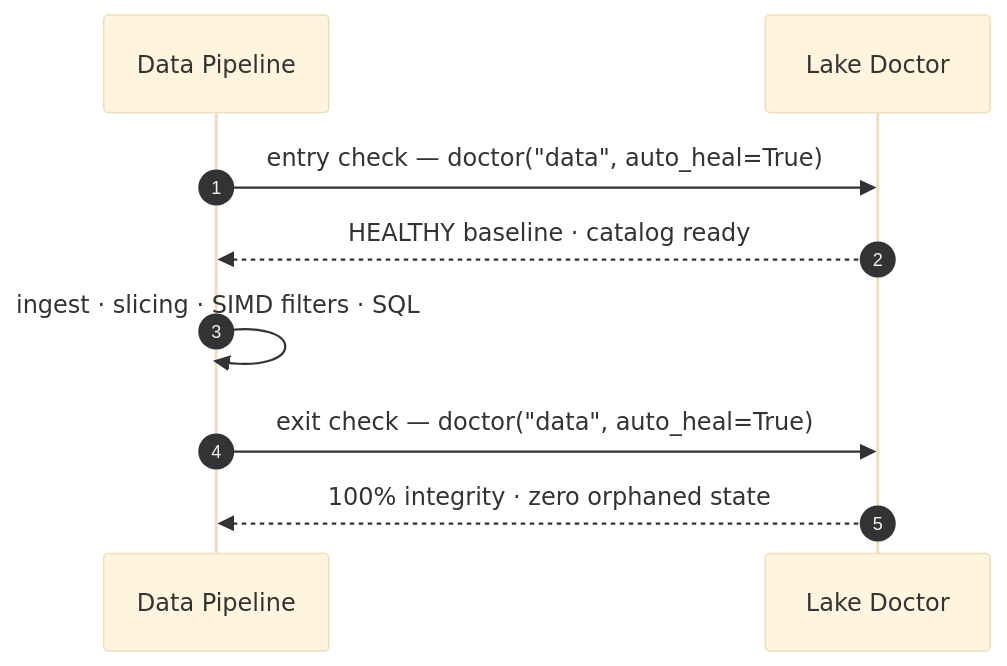
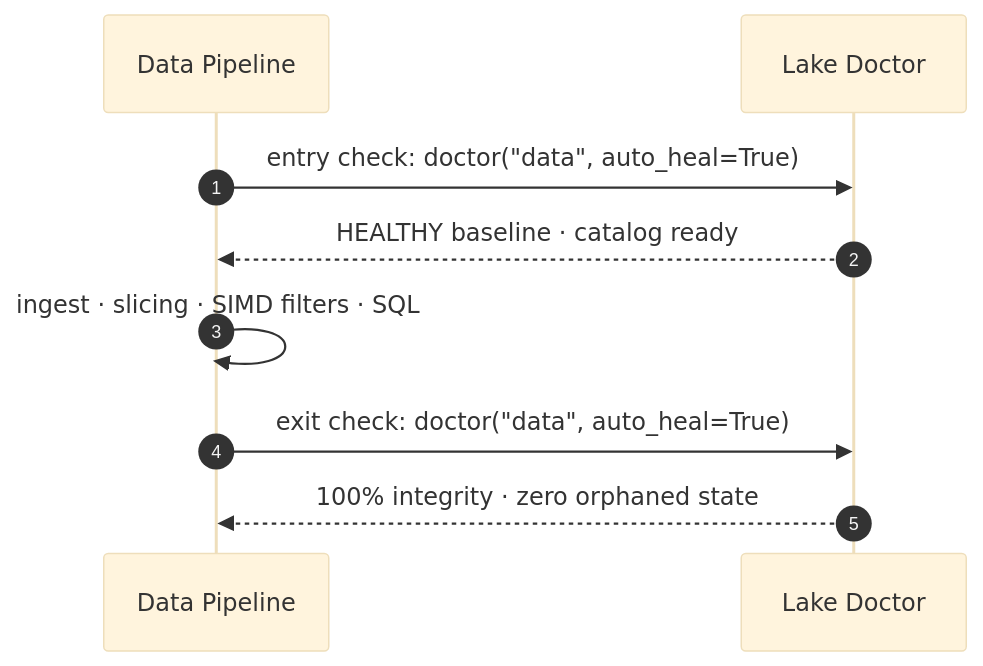
One commit to VanDung-dev/basaltic-red changed the diagram in docs/en/workflows/lake-doctor.md. Above: the diagram before and after it, drawn with Mermaid (base theme). The commit also changed 39 other files, not shown here.

````diff
--- a/docs/en/workflows/lake-doctor.md
+++ b/docs/en/workflows/lake-doctor.md
@@ -13,12 +13,12 @@
 ```mermaid
 sequenceDiagram
     autonumber
     participant P as Data Pipeline
     participant D as Lake Doctor
 
-    P->>D: entry check — doctor("data", auto_heal=True)
+    P->>D: entry check: doctor("data", auto_heal=True)
     D-->>P: HEALTHY baseline · catalog ready
     P->>P: ingest · slicing · SIMD filters · SQL
-    P->>D: exit check — doctor("data", auto_heal=True)
+    P->>D: exit check: doctor("data", auto_heal=True)
     D-->>P: 100% integrity · zero orphaned state
 ```
````
